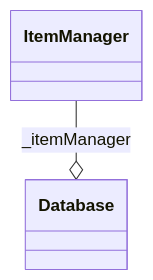
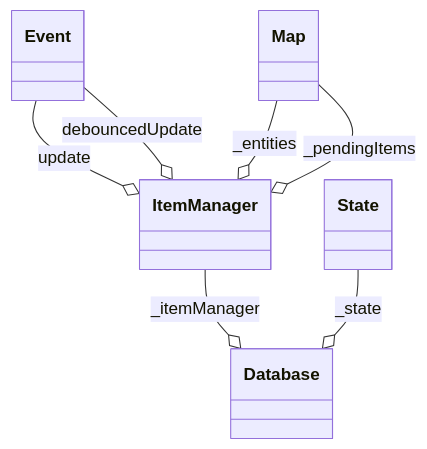
One commit to dxos/dxos changed the first of 2 diagrams in packages/core/echo/echo-db/docs/README.md. Above: the diagram before and after it, drawn with Mermaid. The commit also changed 6 other files, not shown here.

````diff
--- a/packages/core/echo/echo-db/docs/README.md
+++ b/packages/core/echo/echo-db/docs/README.md
@@ -7,7 +7,12 @@
 ```mermaid
 classDiagram
 
 class Database
 ItemManager --o Database : _itemManager
+State --o Database : _state
 class ItemManager
+Event --o ItemManager : update
+Event --o ItemManager : debouncedUpdate
+Map --o ItemManager : _entities
+Map --o ItemManager : _pendingItems
 ```
````
